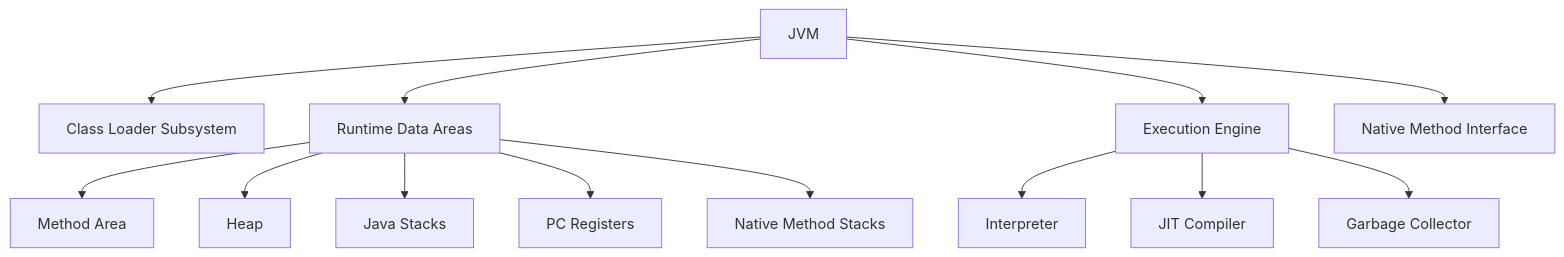
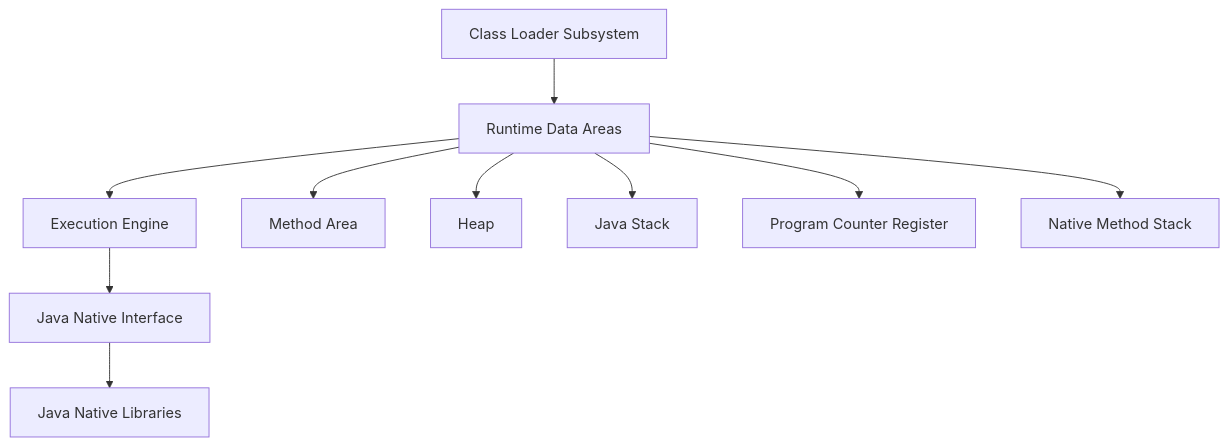
One commit to VrushankPatel/interview-matters changed the diagram in jvm-internals-and-class-loading/README.md. Above: the diagram before and after it, drawn with Mermaid. The commit also changed other lines of this file and 6 other files, not shown here.

Commit message:
kb: add 5 new topics - Java Fundamentals, OOP Principles in Java, JVM Internals & Class Loading, Garbage Collection Algorithms, Multithreading & Concurrency in Java

````diff
--- a/jvm-internals-and-class-loading/README.md
+++ b/jvm-internals-and-class-loading/README.md
@@ -21,17 +21,13 @@
 ```mermaid
 graph TD
-    A[JVM] --> B[Class Loader Subsystem]
-    A --> C[Runtime Data Areas]
-    A --> D[Execution Engine]
-    A --> E[Native Method Interface]
+    A[Class Loader Subsystem] --> B[Runtime Data Areas]
+    B --> C[Execution Engine]
+    C --> D[Java Native Interface]
+    D --> E[Java Native Libraries]
     
-    C --> C1[Method Area]
-    C --> C2[Heap]
-    C --> C3[Java Stacks]
-    C --> C4[PC Registers]
-    C --> C5[Native Method Stacks]
-    
-    D --> D1[Interpreter]
-    D --> D2[JIT Compiler]
-    D --> D3[Garbage Collector]
+    B --> F[Method Area]
+    B --> G[Heap]
+    B --> H[Java Stack]
+    B --> I[Program Counter Register]
+    B --> J[Native Method Stack]
 ```
````
